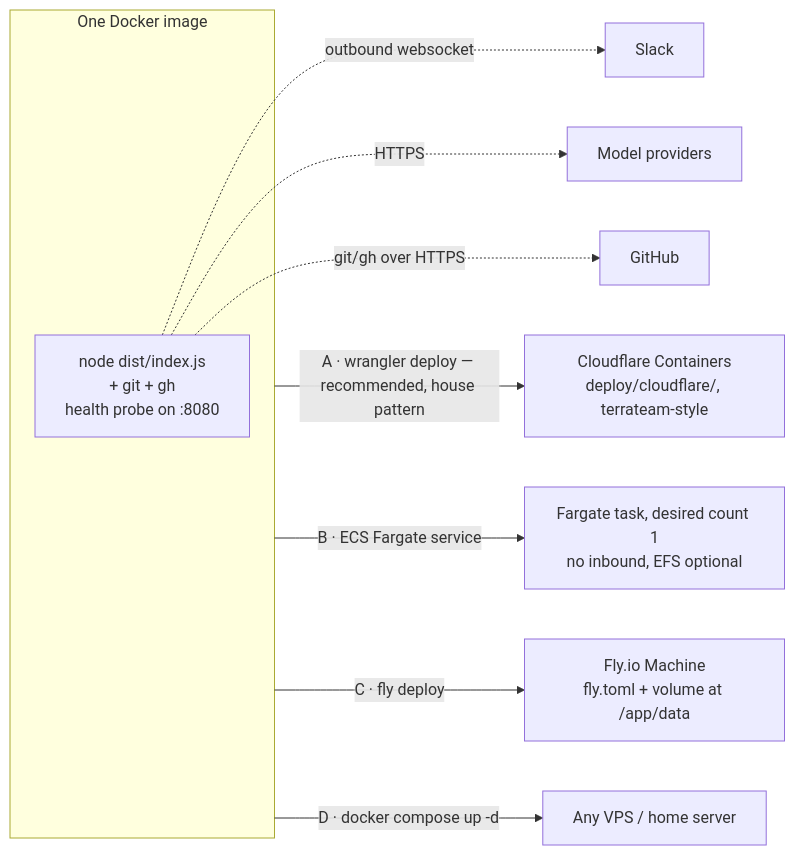
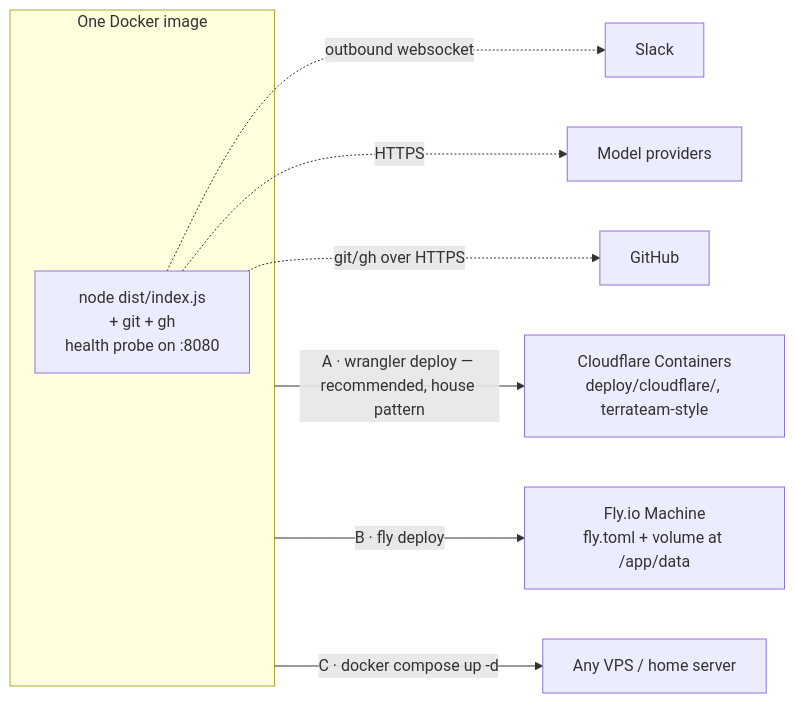
Before and after one commit to coreplanelabs/switchboard: the fourth of 4 diagrams in README.md, drawn with Mermaid. The commit also changed other lines of this file, not shown here.

Commit message:
Docs: canonical pass — quote mermaid labels (GitHub parse fix), collapse deployment section, remove AWS/EC2 references

````diff
--- a/README.md
+++ b/README.md
@@ -113,13 +113,12 @@
 ```mermaid
 flowchart LR
-    subgraph img [One Docker image]
-        P[node dist/index.js<br/>+ git + gh<br/>health probe on :8080]
+    subgraph img ["One Docker image"]
+        P["node dist/index.js<br/>+ git + gh<br/>health probe on :8080"]
     end
-    img -->|A · wrangler deploy — recommended, house pattern| CF[Cloudflare Containers<br/>deploy/cloudflare/, terrateam-style]
-    img -->|B · ECS Fargate service| ECS[Fargate task, desired count 1<br/>no inbound, EFS optional]
-    img -->|C · fly deploy| FLY[Fly.io Machine<br/>fly.toml + volume at /app/data]
-    img -->|D · docker compose up -d| VPS[Any VPS / home server]
-    P -.->|outbound websocket| SLK[Slack]
-    P -.->|HTTPS| PRV[Model providers]
-    P -.->|git/gh over HTTPS| GH[GitHub]
+    img -->|A · wrangler deploy — recommended, house pattern| CF["Cloudflare Containers<br/>deploy/cloudflare/, terrateam-style"]
+    img -->|B · fly deploy| FLY["Fly.io Machine<br/>fly.toml + volume at /app/data"]
+    img -->|C · docker compose up -d| VPS["Any VPS / home server"]
+    P -.->|outbound websocket| SLK["Slack"]
+    P -.->|HTTPS| PRV["Model providers"]
+    P -.->|git/gh over HTTPS| GH["GitHub"]
 ```
````
